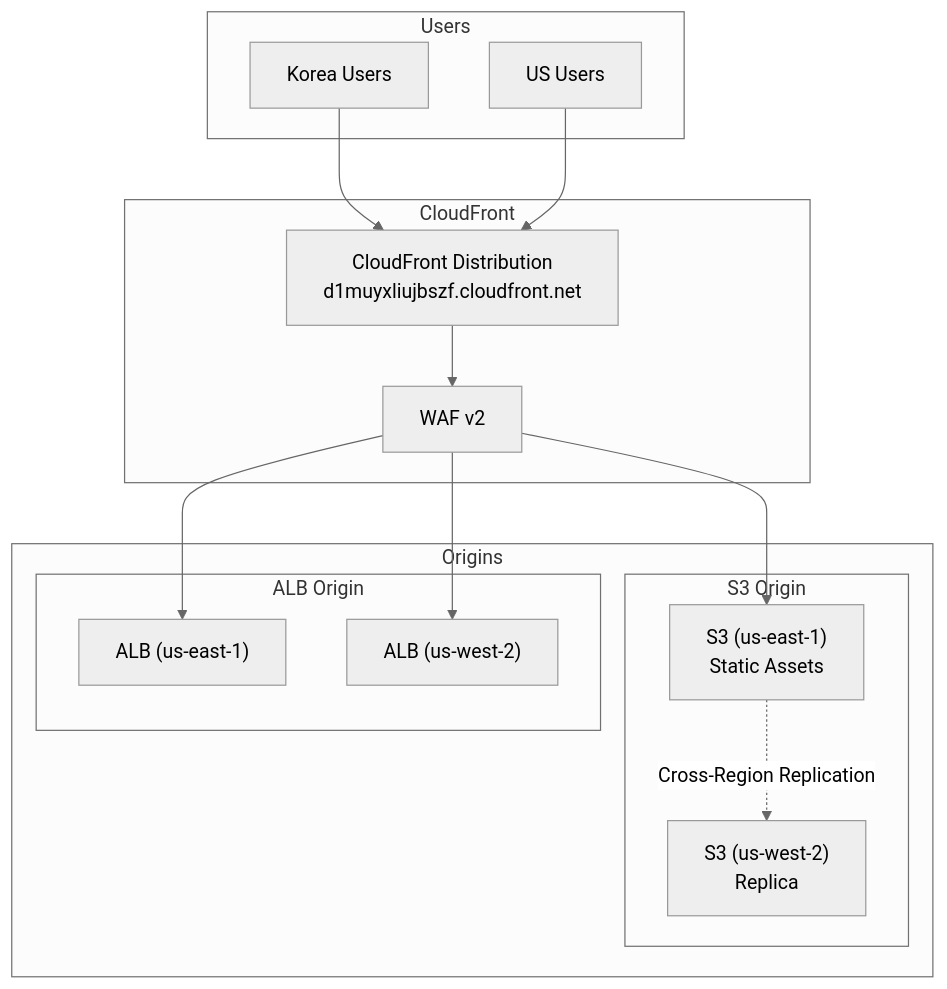
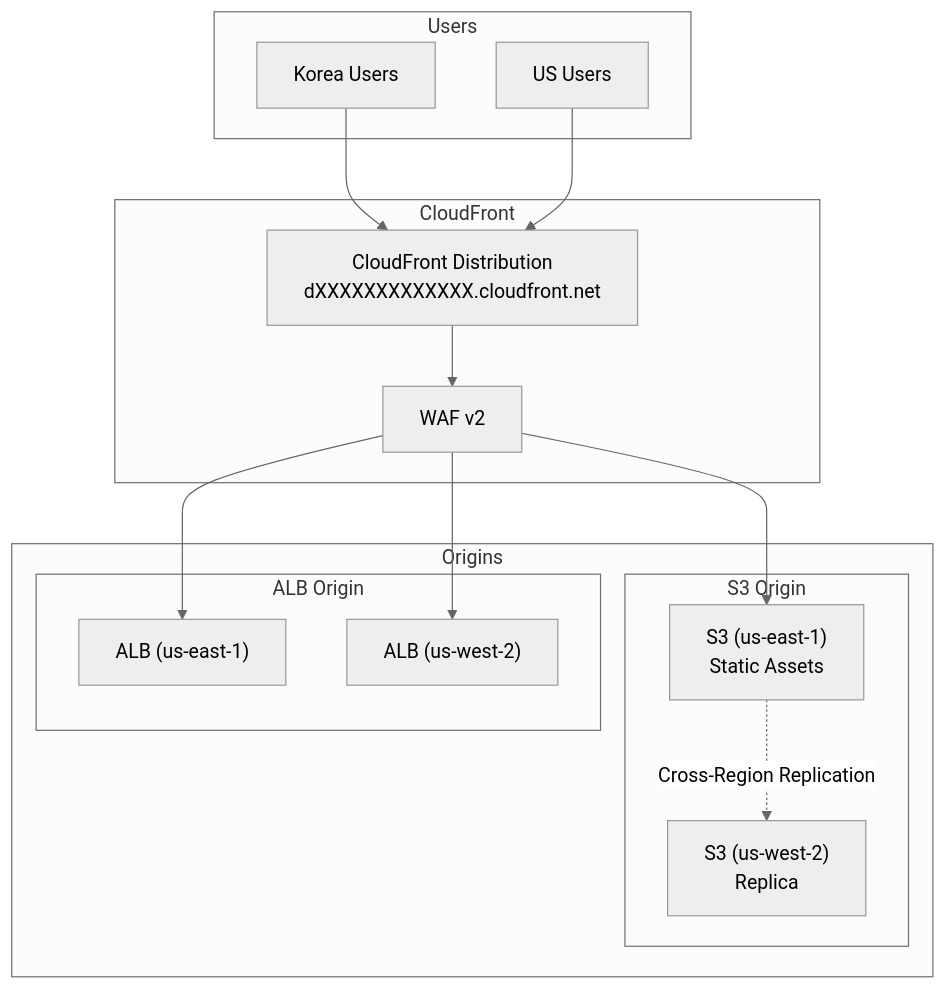
One commit to Atom-oh/multi-region-architecture changed the first of 3 diagrams in webpage/i18n/en/docusaurus-plugin-content-docs/current/infrastructure/edge-cloudfront.md. Above: the diagram before and after it, drawn with Mermaid (neutral theme). The commit also changed other lines of this file and 172 other files, not shown here.

````diff
--- a/webpage/i18n/en/docusaurus-plugin-content-docs/current/infrastructure/edge-cloudfront.md
+++ b/webpage/i18n/en/docusaurus-plugin-content-docs/current/infrastructure/edge-cloudfront.md
@@ -13,33 +13,33 @@
 ```mermaid
 flowchart TB
     subgraph "Users"
         U1["Korea Users"]
         U2["US Users"]
     end
 
     subgraph "CloudFront"
-        CF["CloudFront Distribution<br/>d1muyxliujbszf.cloudfront.net"]
+        CF["CloudFront Distribution<br/>dXXXXXXXXXXXXX.cloudfront.net"]
         WAF["WAF v2"]
     end
 
     subgraph "Origins"
         subgraph "S3 Origin"
             S3E["S3 (us-east-1)<br/>Static Assets"]
             S3W["S3 (us-west-2)<br/>Replica"]
         end
 
         subgraph "ALB Origin"
             ALB1["ALB (us-east-1)"]
             ALB2["ALB (us-west-2)"]
         end
     end
 
     U1 --> CF
     U2 --> CF
     CF --> WAF
     WAF --> S3E
     WAF --> ALB1
     WAF --> ALB2
 
     S3E -.->|"Cross-Region Replication"| S3W
 ```
````
